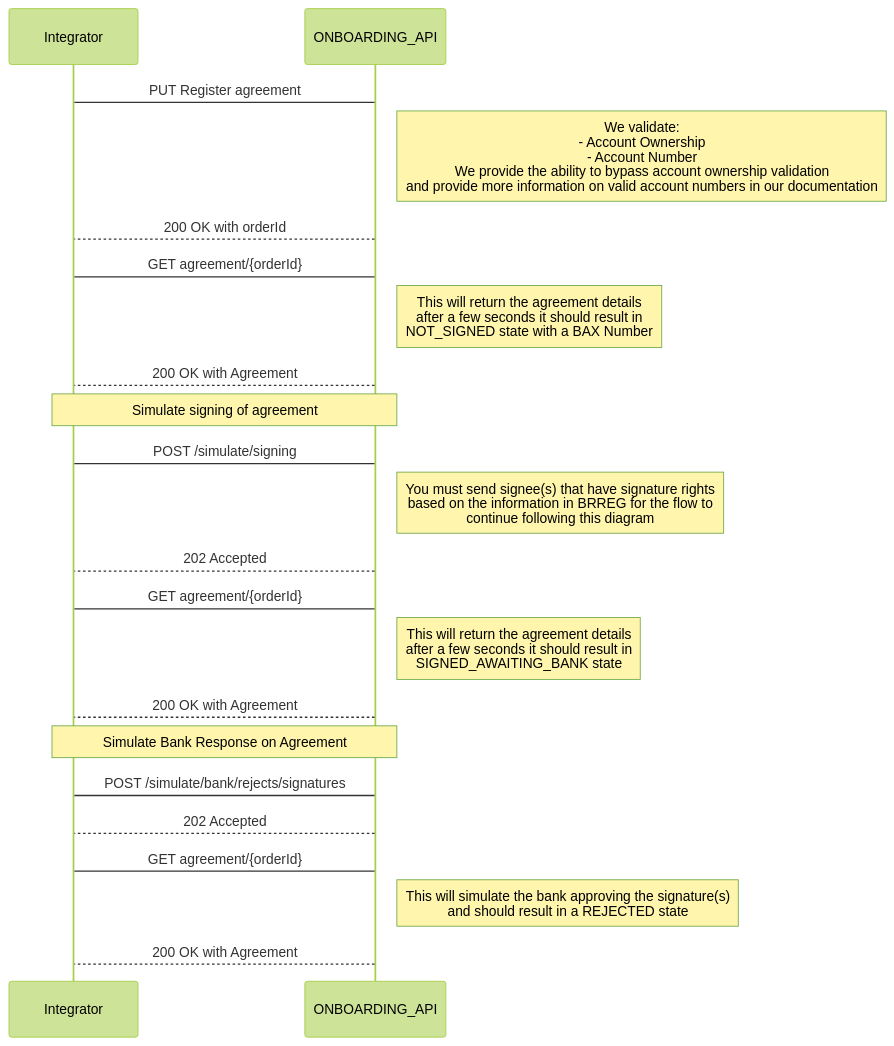
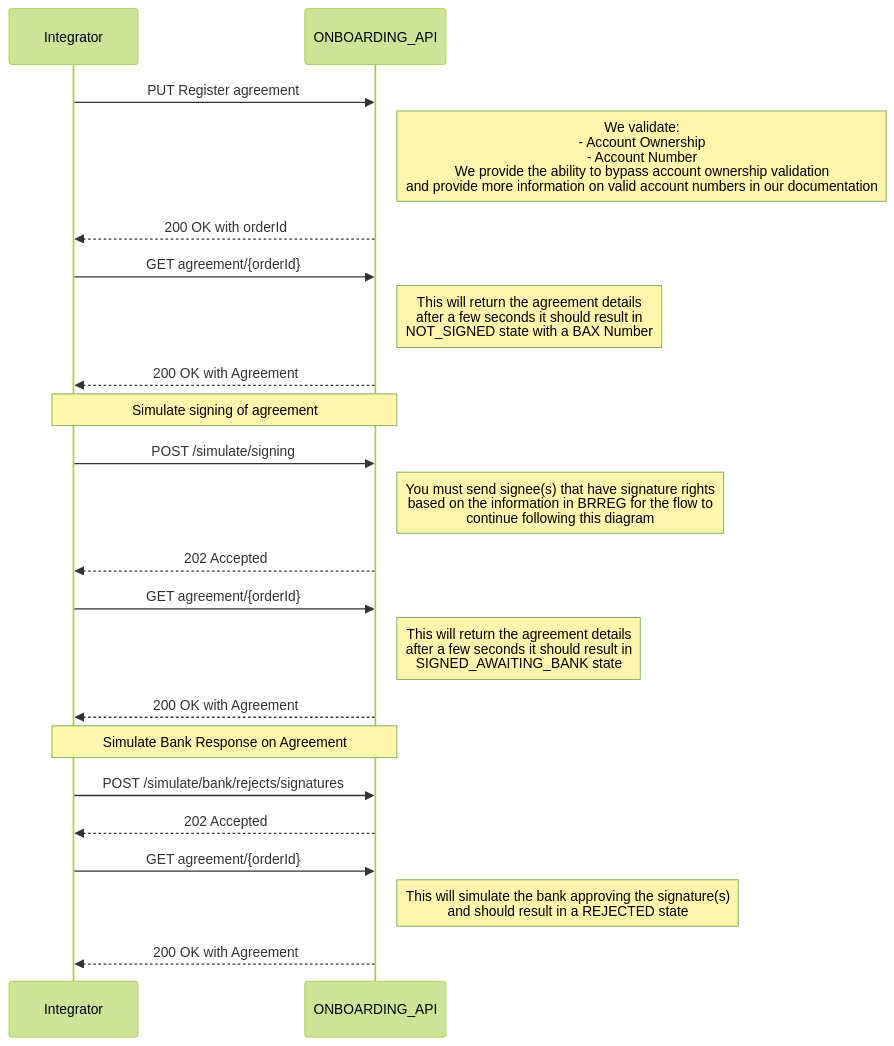
The fifth of 5 diagrams in docs/getting_started.md (BankAxept/bankaxept-onboarding-external-documentation), drawn with Mermaid (forest theme) before and after one commit. The commit also changed other lines of this file, not shown here.

Commit message:
upgrade mermaid diagrams

````diff
--- a/docs/getting_started.md
+++ b/docs/getting_started.md
@@ -121,29 +121,29 @@
 ```mermaid
 sequenceDiagram
-participant Integrator
-participant ONBOARDING_API
+participant I as Integrator
+participant O as ONBOARDING_API
 
-Integrator -> ONBOARDING_API: PUT Register agreement
-note right of ONBOARDING_API: We validate: <br/> - Account Ownership <br/> - Account Number <br/> We provide the ability to bypass account ownership validation <br/> and provide more information on valid account numbers in our documentation
-ONBOARDING_API --> Integrator: 200 OK with orderId
+I ->> O: PUT Register agreement
+note right of O: We validate: <br/> - Account Ownership <br/> - Account Number <br/> We provide the ability to bypass account ownership validation <br/> and provide more information on valid account numbers in our documentation
+O -->> I: 200 OK with orderId
 
-Integrator -> ONBOARDING_API : GET agreement/{orderId}
-note right of ONBOARDING_API: This will return the agreement details <br/> after a few seconds it should result in <br/> NOT_SIGNED state with a BAX Number
-ONBOARDING_API --> Integrator: 200 OK with Agreement
-note over Integrator, ONBOARDING_API: Simulate signing of agreement
-Integrator -> ONBOARDING_API: POST /simulate/signing
-note right of ONBOARDING_API: You must send signee(s) that have signature rights <br/> based on the information in BRREG for the flow to <br/> continue following this diagram
-ONBOARDING_API --> Integrator: 202 Accepted
-Integrator -> ONBOARDING_API : GET agreement/{orderId}
-note right of ONBOARDING_API: This will return the agreement details <br/> after a few seconds it should result in <br/> SIGNED_AWAITING_BANK state
-ONBOARDING_API --> Integrator: 200 OK with Agreement
+I ->> O: GET agreement/{orderId}
+note right of O: This will return the agreement details <br/> after a few seconds it should result in <br/> NOT_SIGNED state with a BAX Number
+O -->> I: 200 OK with Agreement
+note over I, O: Simulate signing of agreement
+I ->> O: POST /simulate/signing
+note right of O: You must send signee(s) that have signature rights <br/> based on the information in BRREG for the flow to <br/> continue following this diagram
+O -->> I: 202 Accepted
+I ->> O: GET agreement/{orderId}
+note right of O: This will return the agreement details <br/> after a few seconds it should result in <br/> SIGNED_AWAITING_BANK state
+O -->> I: 200 OK with Agreement
 
-note over Integrator, ONBOARDING_API: Simulate Bank Response on Agreement
+note over I, O: Simulate Bank Response on Agreement
 
-Integrator -> ONBOARDING_API: POST /simulate/bank/rejects/signatures
+I ->> O: POST /simulate/bank/rejects/signatures
 
-ONBOARDING_API --> Integrator: 202 Accepted
-Integrator -> ONBOARDING_API : GET agreement/{orderId}
-note right of ONBOARDING_API: This will simulate the bank approving the signature(s) <br/> and should result in a REJECTED state
-ONBOARDING_API --> Integrator: 200 OK with Agreement
+O -->> I: 202 Accepted
+I ->> O: GET agreement/{orderId}
+note right of O: This will simulate the bank approving the signature(s) <br/> and should result in a REJECTED state
+O -->> I: 200 OK with Agreement
 ```
````
